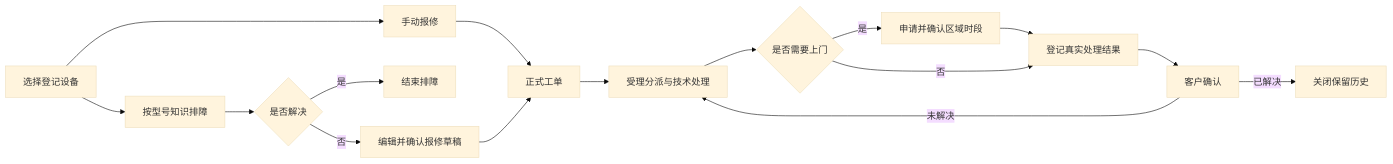
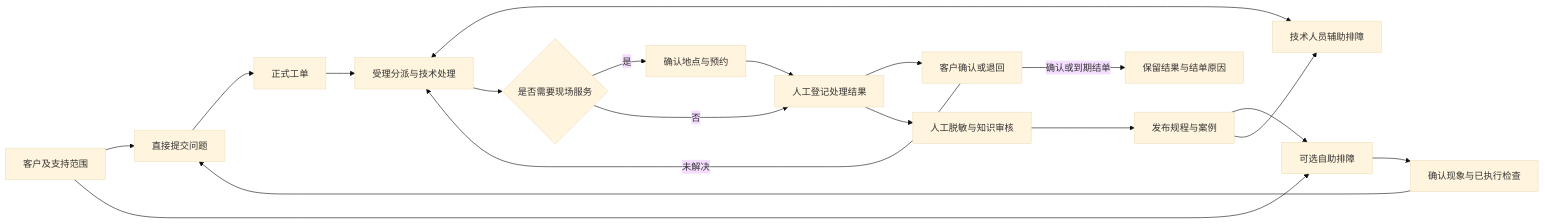
The first of 2 diagrams in docs/设计/系统设计.md (yangaobo0235/my-lesson), drawn with Mermaid (base theme) before and after one commit. The commit also changed other lines of this file and 498 other files, not shown here.

````diff
--- a/docs/设计/系统设计.md
+++ b/docs/设计/系统设计.md
@@ -9,18 +9,21 @@
 ```mermaid
 flowchart LR
-    Device[选择登记设备] --> Manual[手动报修]
-    Device --> AI[按型号知识排障]
-    AI --> Solved{是否解决}
-    Solved -->|是| End[结束排障]
-    Solved -->|否| Draft[编辑并确认报修草稿]
-    Manual --> Ticket[正式工单]
-    Draft --> Ticket
-    Ticket --> Process[受理分派与技术处理]
-    Process --> Onsite{是否需要上门}
-    Onsite -->|是| Booking[申请并确认区域时段]
-    Booking --> Result[登记真实处理结果]
-    Onsite -->|否| Result
-    Result --> Confirm[客户确认]
-    Confirm -->|未解决| Process
-    Confirm -->|已解决| Close[关闭保留历史]
+    Scope[客户及支持范围] --> Report[直接提交问题]
+    Scope --> Self[可选自助排障]
+    Self --> Handover[确认现象与已执行检查]
+    Handover --> Report
+    Report --> Ticket[正式工单]
+    Ticket --> Human[受理分派与技术处理]
+    Human <--> Assistant[技术人员辅助排障]
+    Human --> Onsite{是否需要现场服务}
+    Onsite -->|是| Booking[确认地点与预约]
+    Onsite -->|否| Result[人工登记处理结果]
+    Booking --> Result
+    Result --> Confirm[客户确认或退回]
+    Confirm -->|未解决| Human
+    Confirm -->|确认或到期结单| Close[保留结果与结单原因]
+    Result --> Review[人工脱敏与知识审核]
+    Review --> Knowledge[发布规程与案例]
+    Knowledge --> Self
+    Knowledge --> Assistant
 ```
````
